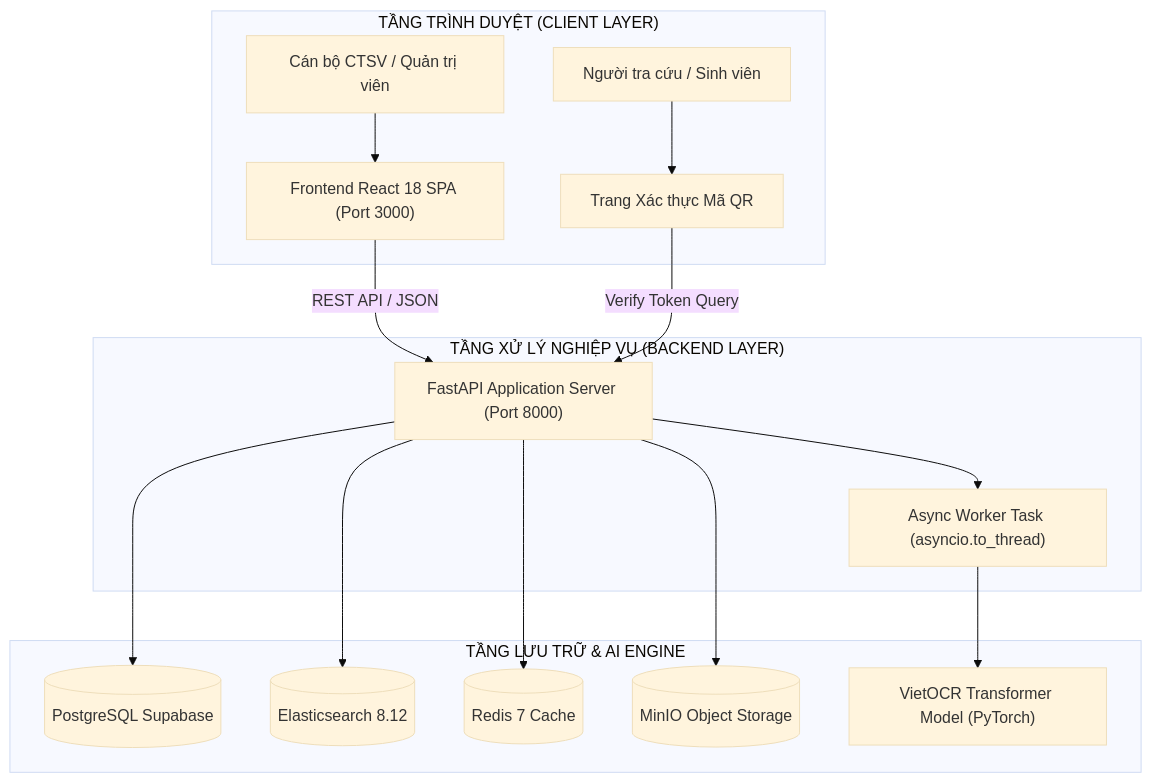
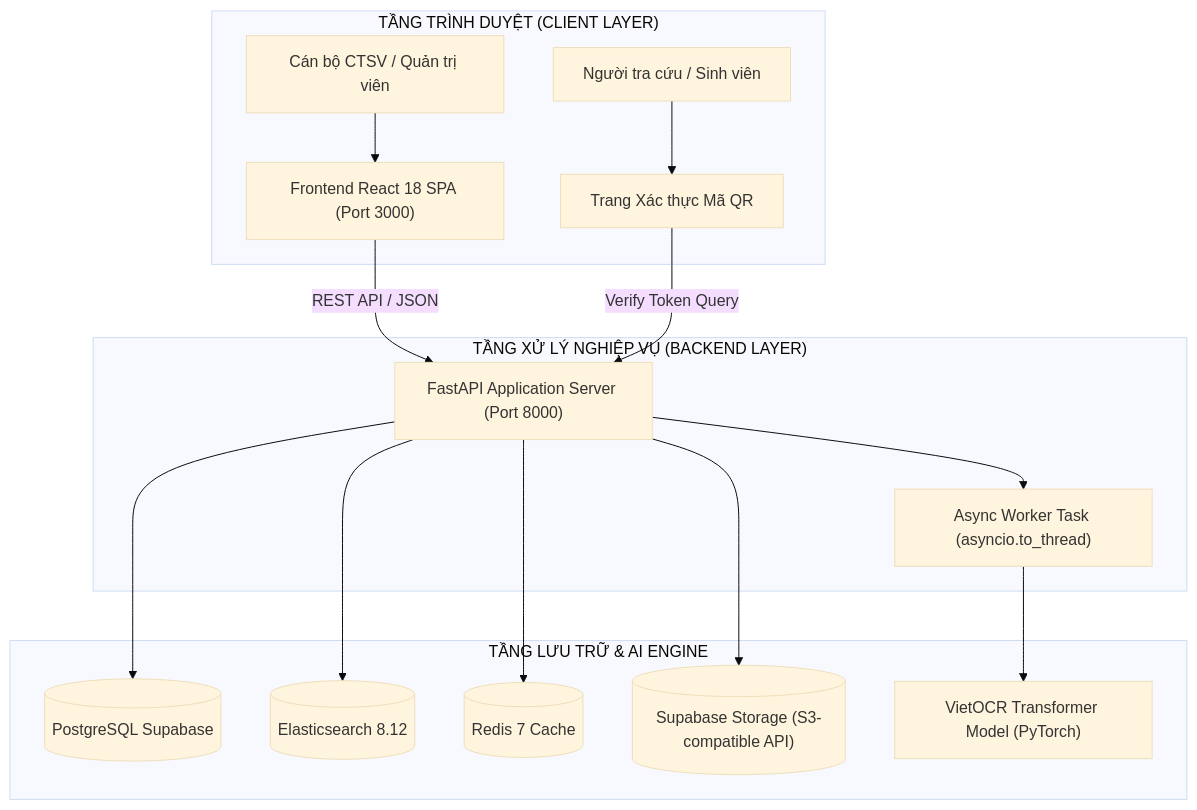
One commit to thanh063456/-ATN changed the third of 4 diagrams in noidungpp.md. Above: the diagram before and after it, drawn with Mermaid (base theme). The commit also changed other lines of this file, not shown here.

````diff
--- a/noidungpp.md
+++ b/noidungpp.md
@@ -112,21 +135,21 @@
 ```mermaid
 graph TB
     subgraph Client ["TẦNG TRÌNH DUYỆT (CLIENT LAYER)"]
         User["Cán bộ CTSV / Quản trị viên"] --> SPA["Frontend React 18 SPA (Port 3000)"]
         Guest["Người tra cứu / Sinh viên"] --> Verify["Trang Xác thực Mã QR"]
     end
 
     subgraph Gateway ["TẦNG XỬ LÝ NGHIỆP VỤ (BACKEND LAYER)"]
         SPA -->|REST API / JSON| API["FastAPI Application Server (Port 8000)"]
         Verify -->|Verify Token Query| API
         API --> Worker["Async Worker Task (asyncio.to_thread)"]
     end
 
     subgraph DataStore ["TẦNG LƯU TRỮ & AI ENGINE"]
         API --> DB[(PostgreSQL Supabase)]
         API --> ES[(Elasticsearch 8.12)]
         API --> RD[(Redis 7 Cache)]
-        API --> S3[(MinIO Object Storage)]
+        API --> S3[("Supabase Storage (S3-compatible API)")]
         Worker --> Model["VietOCR Transformer Model (PyTorch)"]
     end
 ```
````
